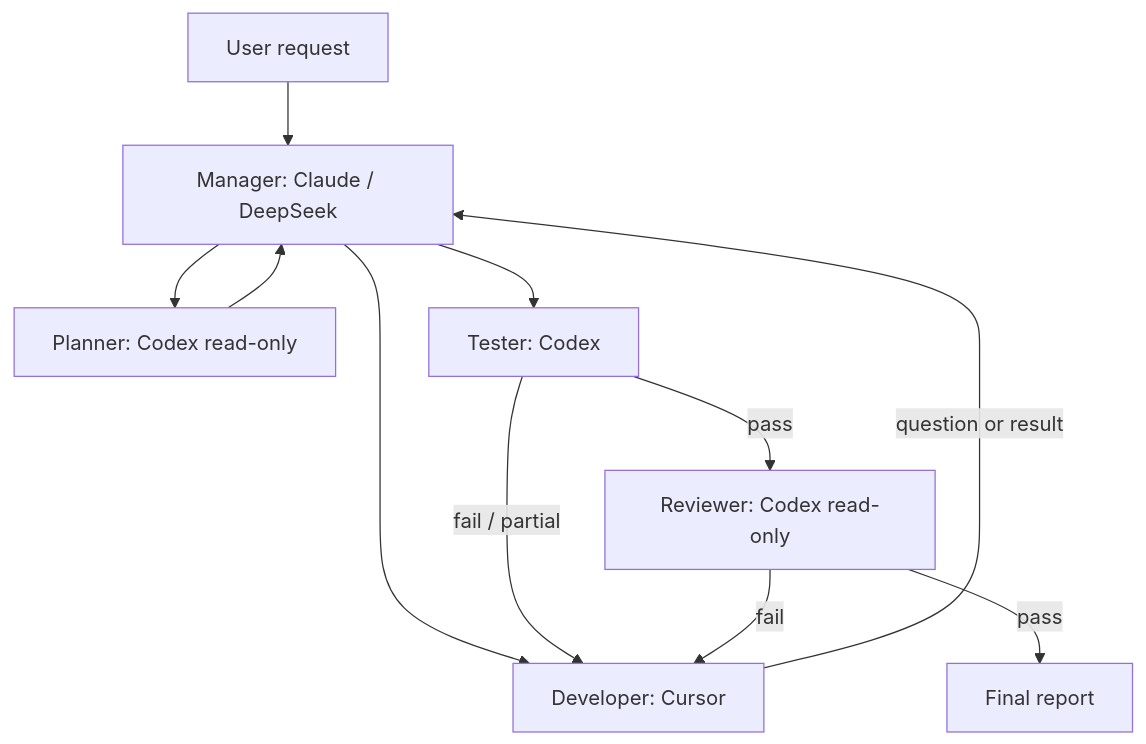
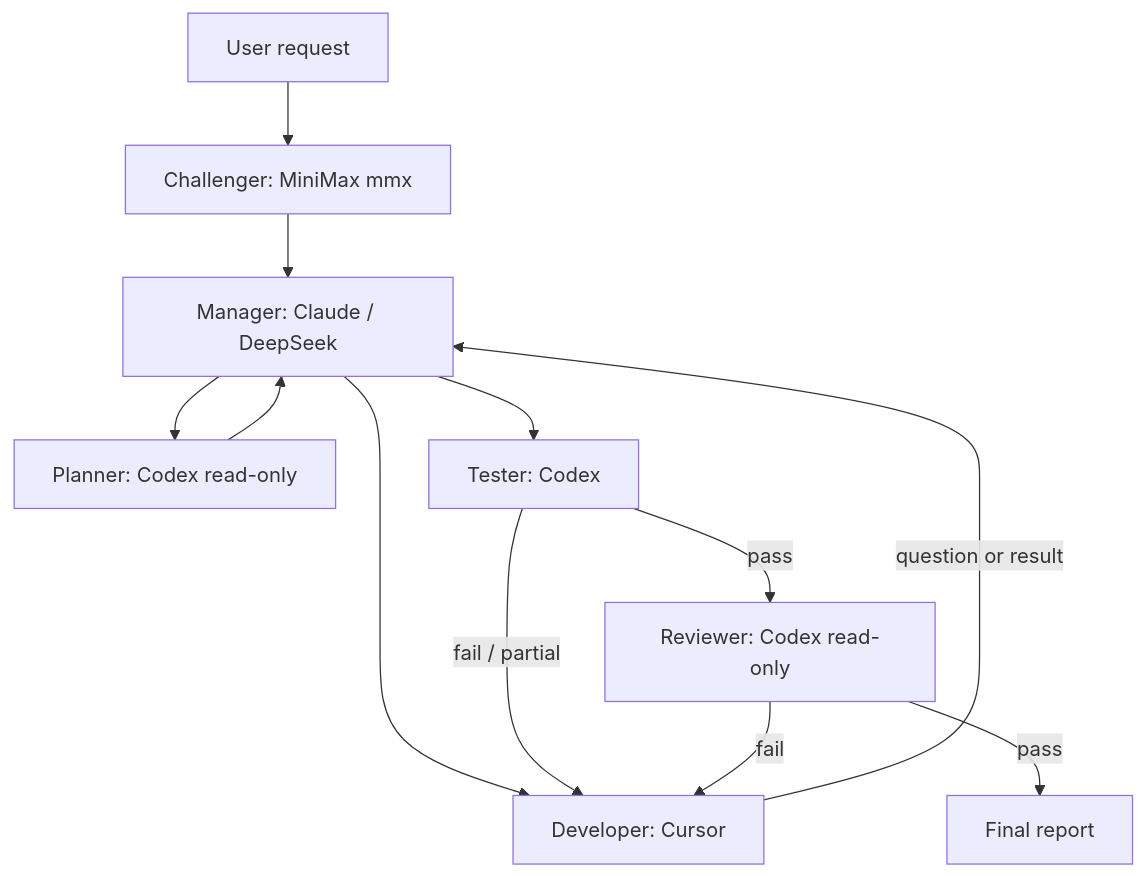
Before and after one commit to rambo586/autoagent: the diagram in docs/ARCHITECTURE.md, drawn with Mermaid. The commit also changed other lines of this file and 7 other files, not shown here.

Commit message:
fix: repair live probes and integrate MiniMax CLI

````diff
--- a/docs/ARCHITECTURE.md
+++ b/docs/ARCHITECTURE.md
@@ -5,13 +5,14 @@
 ```mermaid
 flowchart TD
-    U[User request] --> M[Manager: Claude / DeepSeek]
+    U[User request] --> X[Challenger: MiniMax mmx]
+    X --> M[Manager: Claude / DeepSeek]
     M --> P[Planner: Codex read-only]
     P --> M
     M --> D[Developer: Cursor]
     D -->|question or result| M
     M --> T[Tester: Codex]
     T -->|fail / partial| D
     T -->|pass| R[Reviewer: Codex read-only]
     R -->|fail| D
     R -->|pass| F[Final report]
 ```
````
